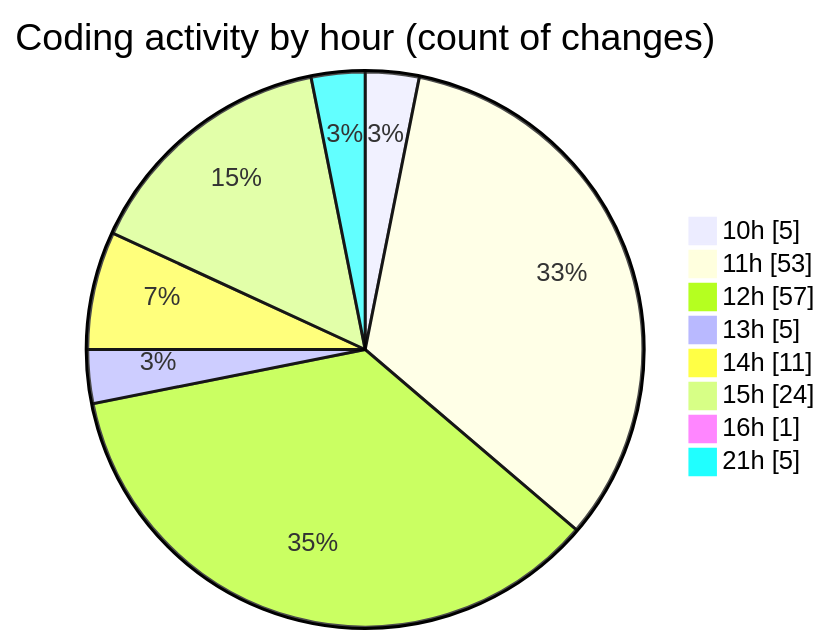
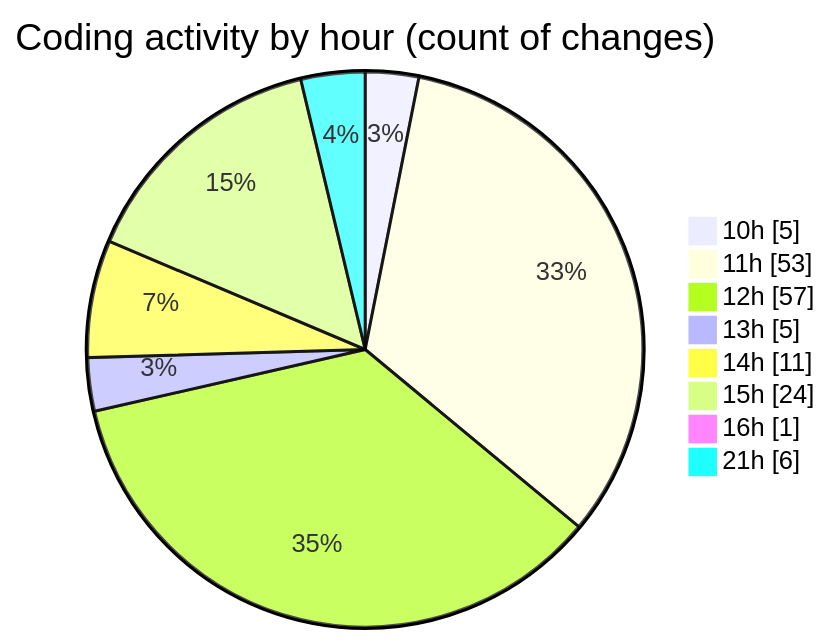
Before and after one commit to momahboobian/code-tracking: the second of 2 diagrams in 2025-06-17/cda/README.md, drawn with Mermaid. The commit also changed other lines of this file and 1 other file, not shown here.

````diff
--- a/2025-06-17/cda/README.md
+++ b/2025-06-17/cda/README.md
@@ -54,12 +55,12 @@
 ```mermaid
 pie showData
 title Coding activity by hour (count of changes)
 "10h" : 5
 "11h" : 53
 "12h" : 57
 "13h" : 5
 "14h" : 11
 "15h" : 24
 "16h" : 1
-"21h" : 5
+"21h" : 6
 ```
````
